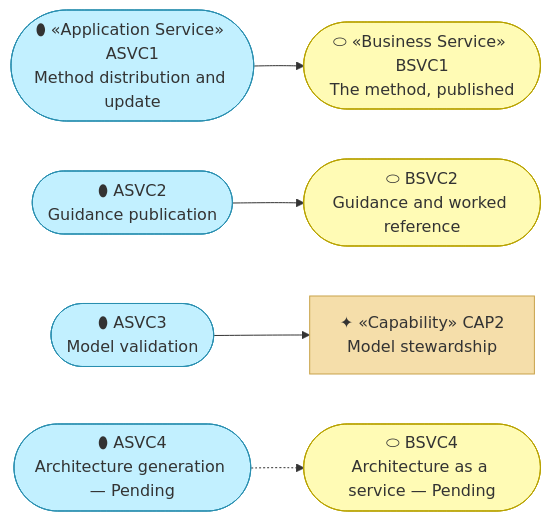
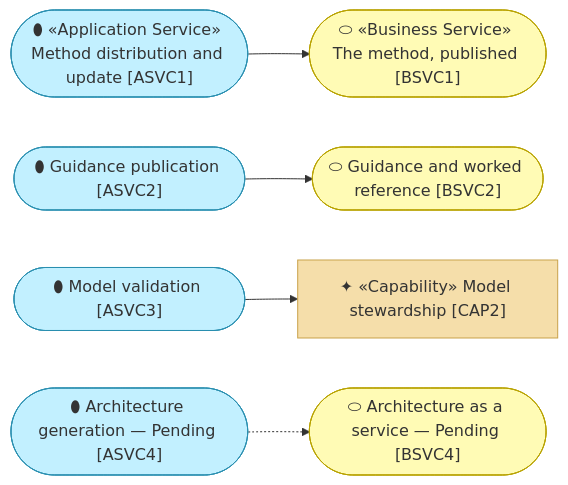
Before and after one commit to roanboc/architecture-archreator: the second of 2 diagrams in org-archreator/architecture/4_application/1_application-services.md, drawn with Mermaid. The commit also changed other lines of this file and 38 other files, not shown here.

````diff
--- a/org-archreator/architecture/4_application/1_application-services.md
+++ b/org-archreator/architecture/4_application/1_application-services.md
@@ -38,22 +38,22 @@
 ```mermaid
 flowchart LR
-  asvc1(["⬮ «Application Service» ASVC1<br>Method distribution and update"]):::appservice
-  asvc2(["⬮ ASVC2<br>Guidance publication"]):::appservice
-  asvc3(["⬮ ASVC3<br>Model validation"]):::appservice
-  asvc4(["⬮ ASVC4<br>Architecture generation — Pending"]):::appservice
+  asvc1(["⬮ «Application Service» Method distribution and update [ASVC1]"]):::appservice
+  asvc2(["⬮ Guidance publication [ASVC2]"]):::appservice
+  asvc3(["⬮ Model validation [ASVC3]"]):::appservice
+  asvc4(["⬮ Architecture generation — Pending [ASVC4]"]):::appservice
 
-  bsvc1(["⬭ «Business Service» BSVC1<br>The method, published"]):::business
-  bsvc2(["⬭ BSVC2<br>Guidance and worked reference"]):::business
-  bsvc4(["⬭ BSVC4<br>Architecture as a service — Pending"]):::business
+  bsvc1(["⬭ «Business Service» The method, published [BSVC1]"]):::business
+  bsvc2(["⬭ Guidance and worked reference [BSVC2]"]):::business
+  bsvc4(["⬭ Architecture as a service — Pending [BSVC4]"]):::business
 
-  cap2["✦ «Capability» CAP2<br>Model stewardship"]:::capability
+  cap2["✦ «Capability» Model stewardship [CAP2]"]:::capability
 
   asvc1 --> bsvc1
   asvc2 --> bsvc2
   asvc3 --> cap2
   asvc4 -.-> bsvc4
 
   classDef appservice fill:#c2f0ff,stroke:#2a8fb0,color:#333
   classDef business fill:#fffbb5,stroke:#b8a200,color:#333
   classDef capability fill:#f5deaa,stroke:#c8a24a,color:#333
 ```
````
